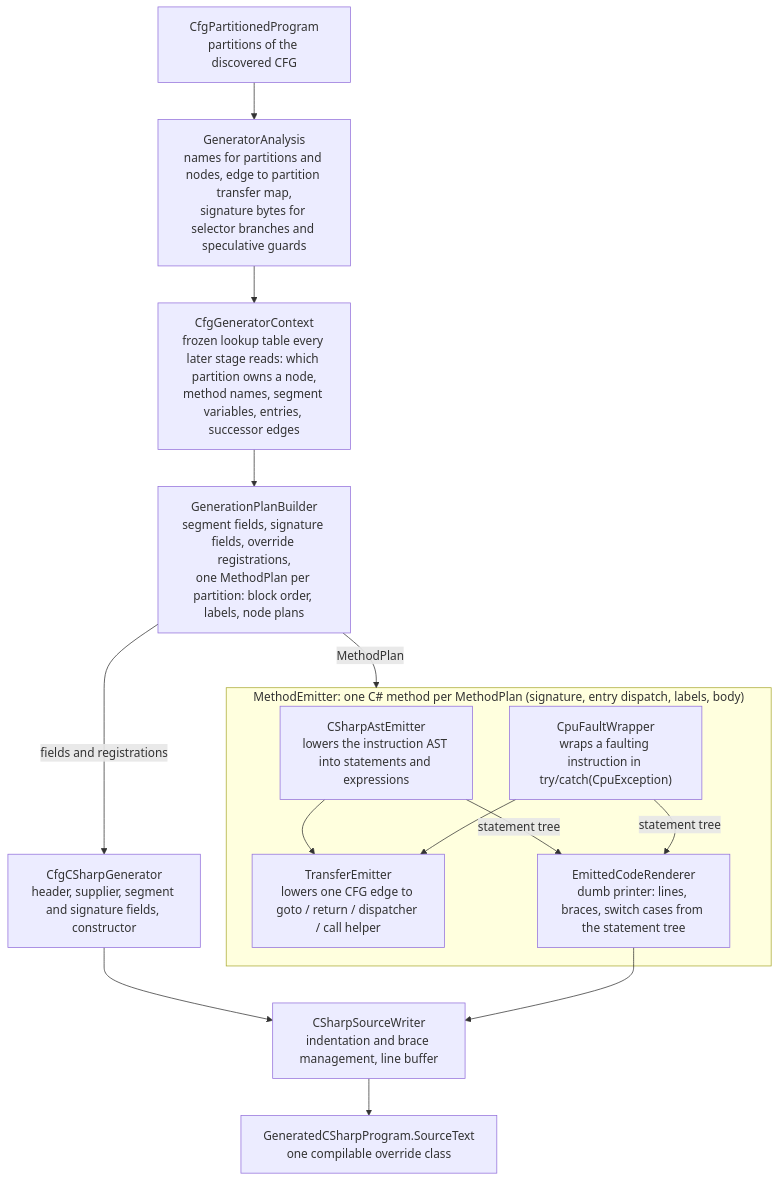
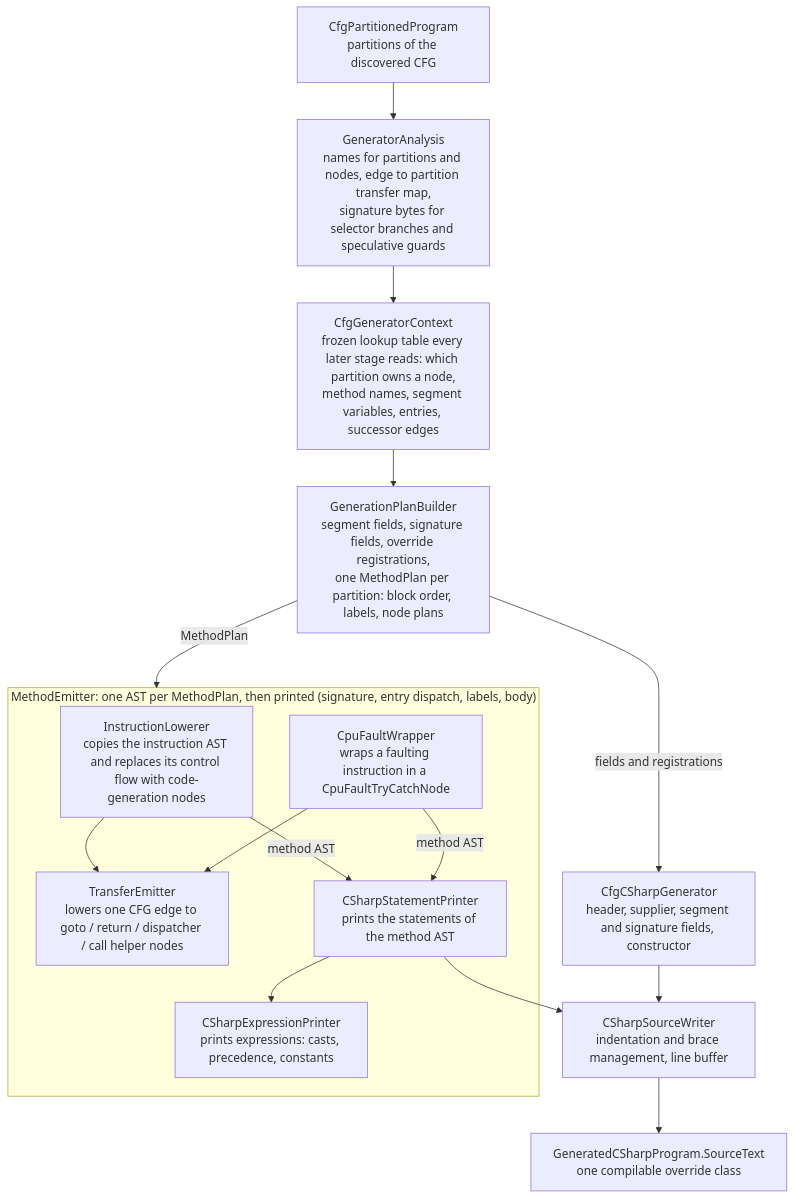
The diagram in doc/codeGeneratorReadme.md (OpenRakis/Spice86), drawn with Mermaid before and after one commit. The commit also changed other lines of this file and 66 other files, not shown here.

Commit message:
refactor: Expression printing as AST nodes, no more strings (#2437)

````diff
--- a/doc/codeGeneratorReadme.md
+++ b/doc/codeGeneratorReadme.md
@@ -13,31 +13,33 @@
 ```mermaid
 flowchart TD
     program["CfgPartitionedProgram<br/>partitions of the discovered CFG"]
     analysis["GeneratorAnalysis<br/>names for partitions and nodes, edge to partition transfer map,<br/>signature bytes for selector branches and speculative guards"]
     context["CfgGeneratorContext<br/>frozen lookup table every later stage reads: which partition owns a node,<br/>method names, segment variables, entries, successor edges"]
     planBuilder["GenerationPlanBuilder<br/>segment fields, signature fields, override registrations,<br/>one MethodPlan per partition: block order, labels, node plans"]
     classParts["CfgCSharpGenerator<br/>header, supplier, segment and signature fields, constructor"]
 
-    subgraph methodEmitter["MethodEmitter: one C# method per MethodPlan (signature, entry dispatch, labels, body)"]
-        astEmitter["CSharpAstEmitter<br/>lowers the instruction AST into statements and expressions"]
-        faultWrapper["CpuFaultWrapper<br/>wraps a faulting instruction in try/catch(CpuException)"]
-        transfer["TransferEmitter<br/>lowers one CFG edge to goto / return / dispatcher / call helper"]
-        renderer["EmittedCodeRenderer<br/>dumb printer: lines, braces, switch cases from the statement tree"]
-        astEmitter --> transfer
+    subgraph methodEmitter["MethodEmitter: one AST per MethodPlan, then printed (signature, entry dispatch, labels, body)"]
+        lowerer["InstructionLowerer<br/>copies the instruction AST and replaces its control flow with code-generation nodes"]
+        faultWrapper["CpuFaultWrapper<br/>wraps a faulting instruction in a CpuFaultTryCatchNode"]
+        transfer["TransferEmitter<br/>lowers one CFG edge to goto / return / dispatcher / call helper nodes"]
+        statementPrinter["CSharpStatementPrinter<br/>prints the statements of the method AST"]
+        expressionPrinter["CSharpExpressionPrinter<br/>prints expressions: casts, precedence, constants"]
+        lowerer --> transfer
         faultWrapper --> transfer
-        astEmitter -- "statement tree" --> renderer
-        faultWrapper -- "statement tree" --> renderer
+        lowerer -- "method AST" --> statementPrinter
+        faultWrapper -- "method AST" --> statementPrinter
+        statementPrinter --> expressionPrinter
     end
 
     writer["CSharpSourceWriter<br/>indentation and brace management, line buffer"]
     output["GeneratedCSharpProgram.SourceText<br/>one compilable override class"]
 
     program --> analysis
     analysis --> context
     context --> planBuilder
     planBuilder -- "fields and registrations" --> classParts
     planBuilder -- "MethodPlan" --> methodEmitter
     classParts --> writer
-    renderer --> writer
+    statementPrinter --> writer
     writer --> output
 ```
````
